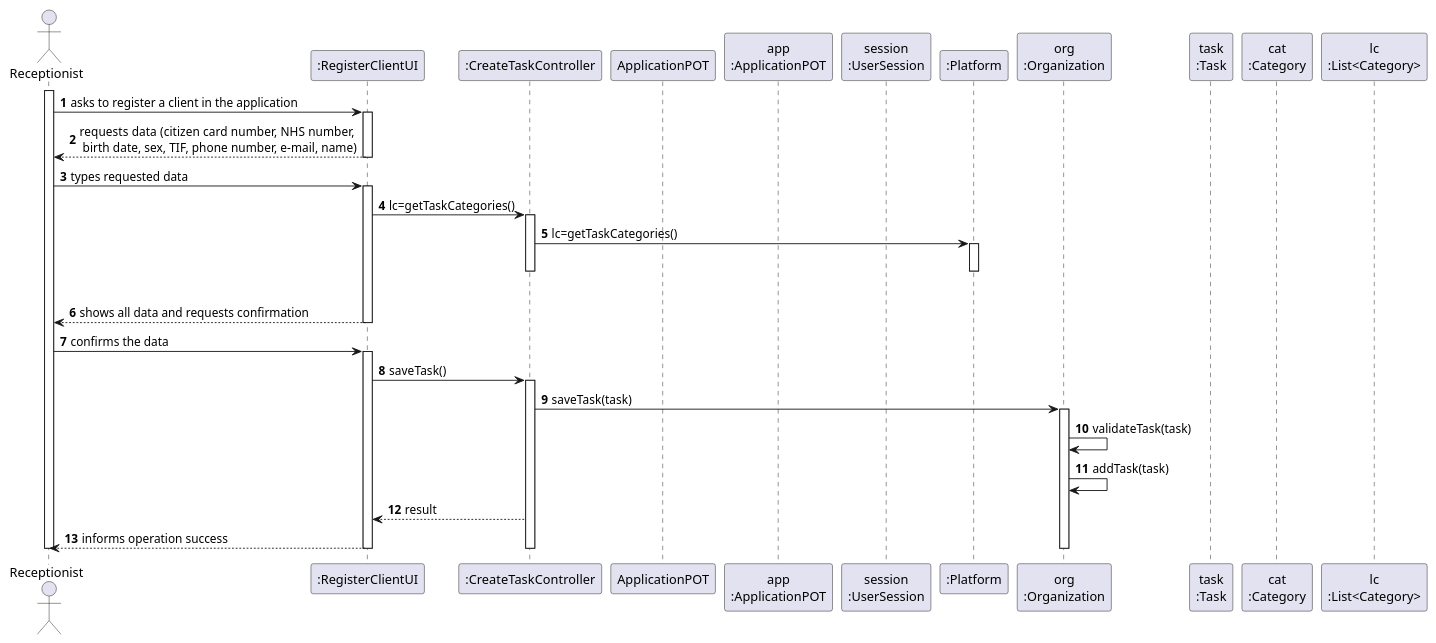
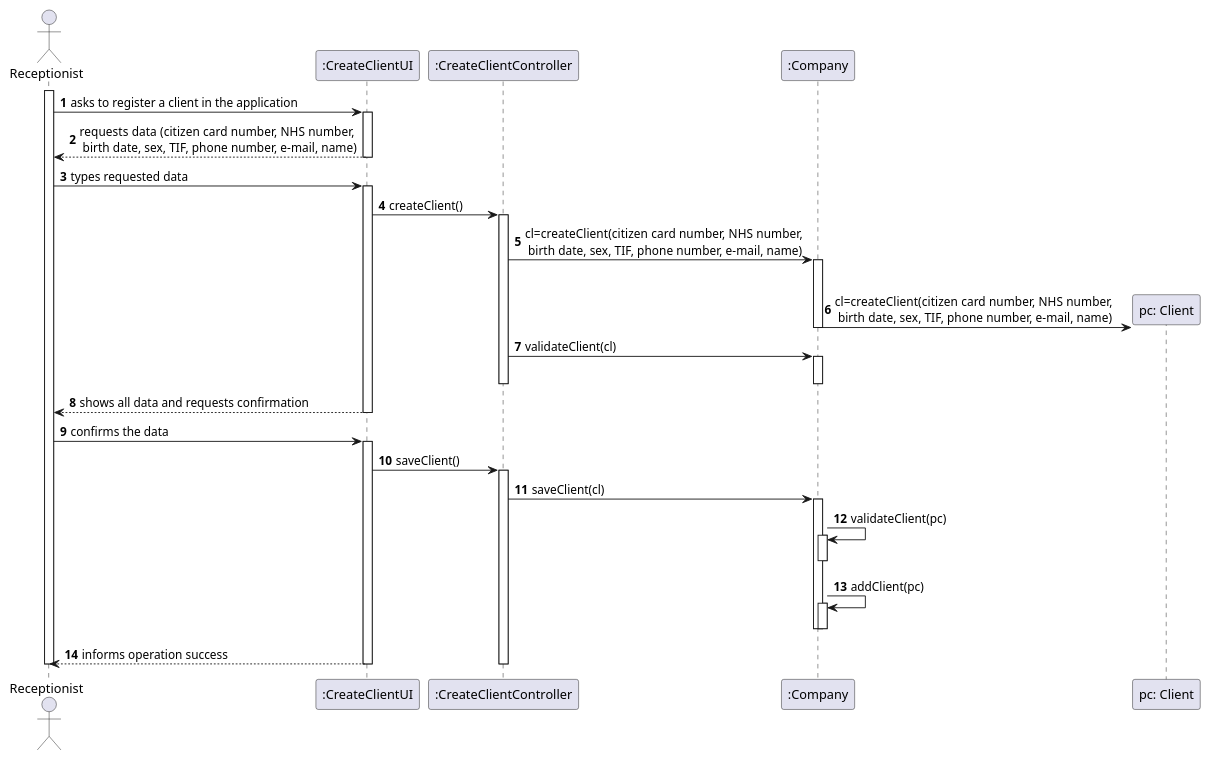
Before and after one commit to manu-07-ela/LAPR2_ISEP: the diagram in docs/SprintB/US03/US3_SD.puml, drawn with PlantUML. The commit also changed 1 other file, not shown here.

```diff
--- a/docs/SprintB/US03/US3_SD.puml
+++ b/docs/SprintB/US03/US3_SD.puml
@@ -1,59 +1,61 @@
 @startuml
 autonumber
 'hide footbox
 actor "Receptionist" as REP
 
-participant ":RegisterClientUI" as UI
-participant ":CreateTaskController" as CTRL
-participant "ApplicationPOT" as _APP
-participant "app\n:ApplicationPOT" as APP
-participant "session\n:UserSession" as SESSAO
-participant ":Platform" as PLAT
-participant "org\n:Organization" as ORG
-participant "task\n:Task" as TAREFA
-participant "cat\n:Category" as CAT
-participant "lc\n:List<Category>" as LIST_CAT
+participant ":CreateClientUI" as UI
+participant ":CreateClientController" as CTRL
+participant ":Company" as COMP
+participant "pc: Client" as PC
 
 activate REP
 REP -> UI : asks to register a client in the application
 activate UI
 UI --> REP : requests data (citizen card number, NHS number,\n birth date, sex, TIF, phone number, e-mail, name)
 deactivate UI
 
 REP -> UI : types requested data
 activate UI
 
-UI -> CTRL : lc=getTaskCategories()
+UI -> CTRL : createClient()
 activate CTRL
 
-CTRL -> PLAT : lc=getTaskCategories()
-activate PLAT
+CTRL -> COMP : cl=createClient(citizen card number, NHS number,\n birth date, sex, TIF, phone number, e-mail, name)
+activate COMP
 |||
-deactivate PLAT
+
+COMP -> PC** : cl=createClient(citizen card number, NHS number,\n birth date, sex, TIF, phone number, e-mail, name)
+deactivate COMP
+CTRL -> COMP : validateClient(cl)
+activate COMP
+deactivate COMP
 deactivate CTRL
 
 UI --> REP : shows all data and requests confirmation
-deactivate PLAT
+deactivate COMP
 deactivate UI
 
 REP -> UI : confirms the data
 activate UI
-UI -> CTRL : saveTask()
+UI -> CTRL : saveClient()
 activate CTRL
 
-CTRL -> ORG : saveTask(task)
-activate ORG
+CTRL -> COMP : saveClient(cl)
+activate COMP
 
-ORG -> ORG: validateTask(task)
-ORG -> ORG: addTask(task)
-
-CTRL --> UI: result
+COMP -> COMP: validateClient(pc)
+activate COMP
+deactivate COMP
+COMP -> COMP: addClient(pc)
+activate COMP
+deactivate COMP
+deactivate COMP
 
 UI --> REP : informs operation success
-deactivate ORG
+deactivate COMP
 deactivate CTRL
 deactivate UI
 
 deactivate REP
 
 @enduml
```
